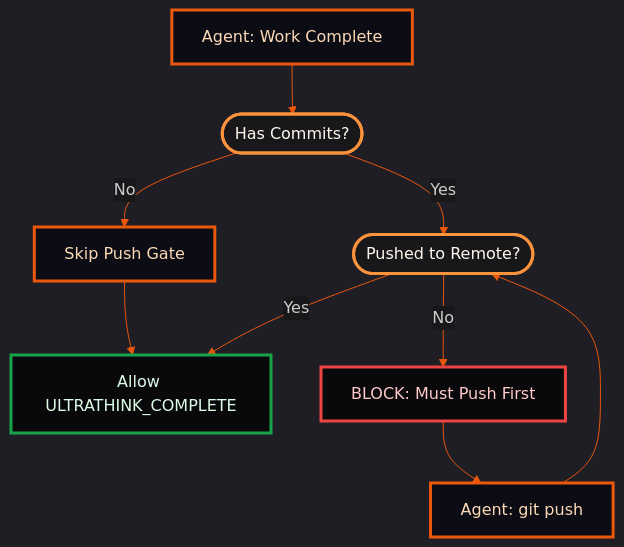
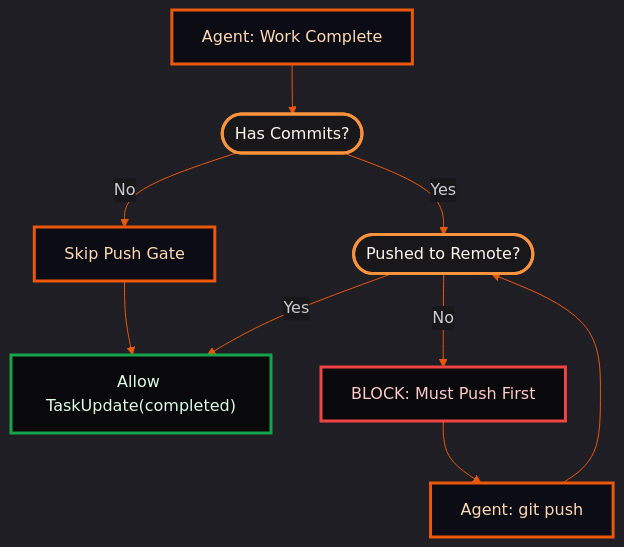
Before and after one commit to bosmadev/claude: the diagram in USAGE.md, drawn with Mermaid. The commit also changed other lines of this file and 9 other files, not shown here.

````diff
--- a/USAGE.md
+++ b/USAGE.md
@@ -365,20 +365,20 @@
 ```mermaid
 %%{init: {'theme': 'dark', 'themeVariables': { 'primaryColor': '#0c0c14', 'primaryTextColor': '#fcd9b6', 'primaryBorderColor': '#c2410c', 'lineColor': '#ea580c', 'secondaryColor': '#18181b', 'background': '#09090b', 'mainBkg': '#0c0c14', 'edgeLabelBackground': '#18181b'}}}%%
 graph TD
     A["Agent: Work Complete"] --> B(["Has Commits?"])
     B -->|No| C["Skip Push Gate"]
     B -->|Yes| D(["Pushed to Remote?"])
-    D -->|Yes| E["Allow ULTRATHINK_COMPLETE"]
+    D -->|Yes| E["Allow TaskUpdate(completed)"]
     D -->|No| F["BLOCK: Must Push First"]
     F --> G["Agent: git push"]
     G --> D
     C --> E
 
     style A fill:#0c0c14,stroke:#ea580c,stroke-width:3px,color:#fcd9b6
     style B fill:#18181b,stroke:#fb923c,stroke-width:3px,color:#fff7ed
     style D fill:#18181b,stroke:#fb923c,stroke-width:3px,color:#fff7ed
     style E fill:#09090b,stroke:#16a34a,stroke-width:3px,color:#dcfce7
     style F fill:#09090b,stroke:#ef4444,stroke-width:3px,color:#fecaca
     style C fill:#0c0c14,stroke:#ea580c,stroke-width:3px,color:#fcd9b6
     style G fill:#0c0c14,stroke:#ea580c,stroke-width:3px,color:#fcd9b6
 ```
````
